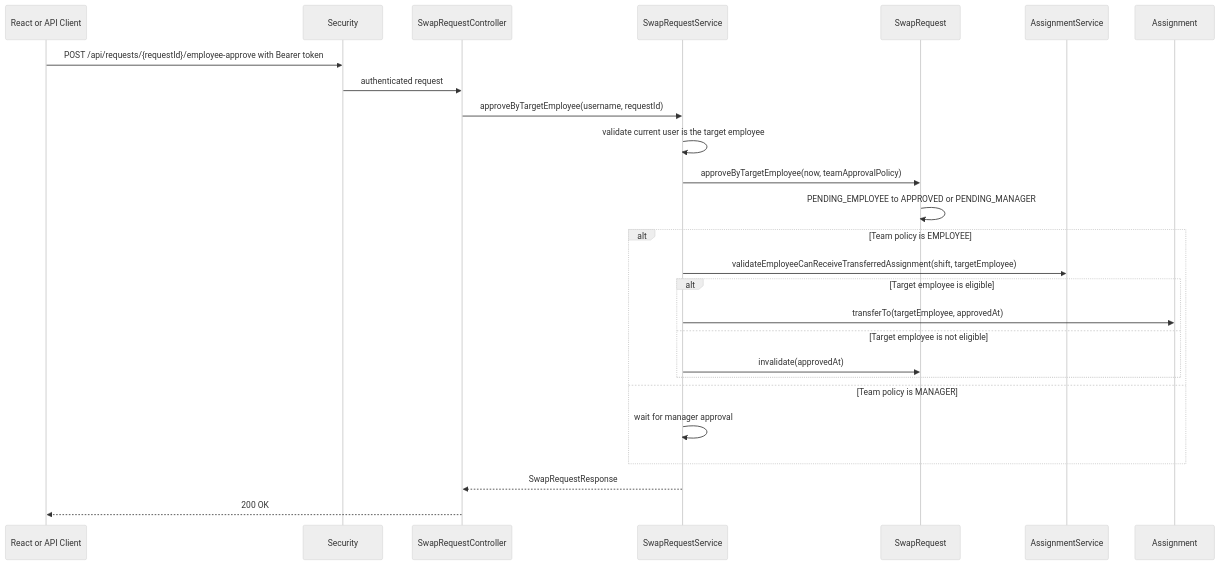
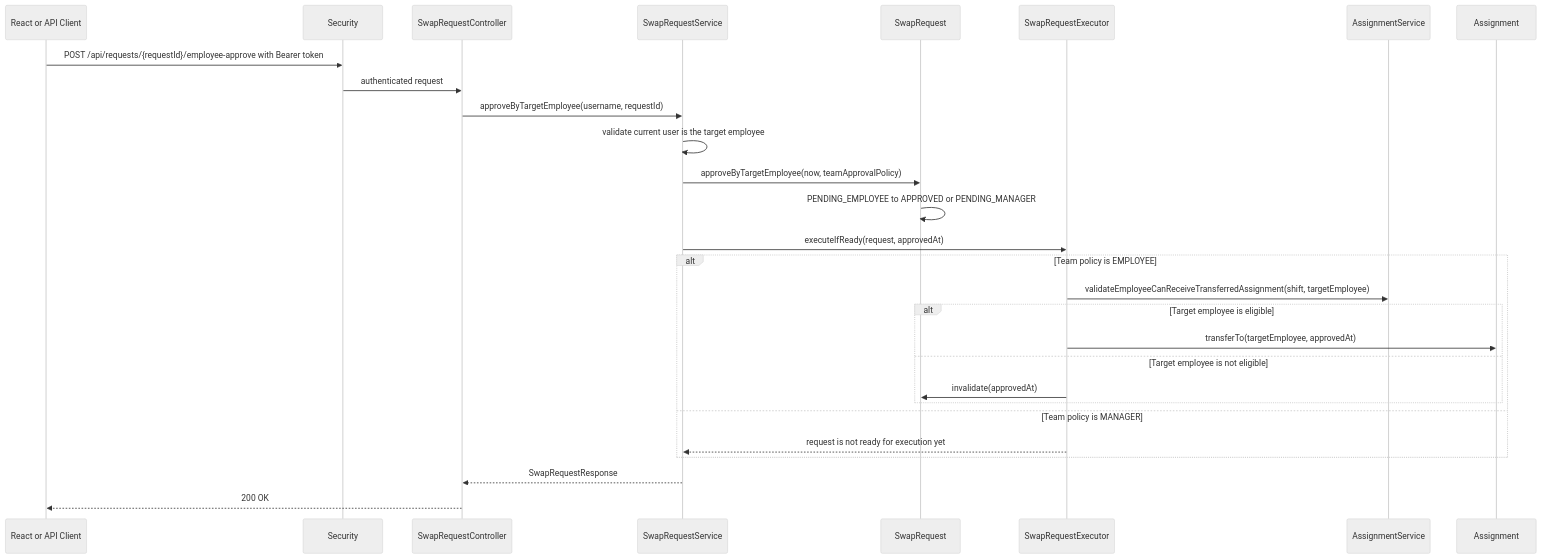
Before and after one commit to HiliMor/shift-management-system: diagram 18 of 20 in docs/current-backend-architecture.md, drawn with Mermaid (neutral theme). The commit also changed other lines of this file and 7 other files, not shown here.

Commit message:
Transfer and swap requests: Extract approved request executor

````diff
--- a/docs/current-backend-architecture.md
+++ b/docs/current-backend-architecture.md
@@ -689,29 +689,31 @@
 ```mermaid
 sequenceDiagram
     participant Client as React or API Client
     participant Security
     participant SwapRequestController
     participant SwapRequestService
     participant SwapRequest
+    participant SwapRequestExecutor
     participant AssignmentService
     participant Assignment
 
     Client->>Security: POST /api/requests/{requestId}/employee-approve with Bearer token
     Security->>SwapRequestController: authenticated request
     SwapRequestController->>SwapRequestService: approveByTargetEmployee(username, requestId)
     SwapRequestService->>SwapRequestService: validate current user is the target employee
     SwapRequestService->>SwapRequest: approveByTargetEmployee(now, teamApprovalPolicy)
     SwapRequest->>SwapRequest: PENDING_EMPLOYEE to APPROVED or PENDING_MANAGER
+    SwapRequestService->>SwapRequestExecutor: executeIfReady(request, approvedAt)
     alt Team policy is EMPLOYEE
-        SwapRequestService->>AssignmentService: validateEmployeeCanReceiveTransferredAssignment(shift, targetEmployee)
+        SwapRequestExecutor->>AssignmentService: validateEmployeeCanReceiveTransferredAssignment(shift, targetEmployee)
         alt Target employee is eligible
-            SwapRequestService->>Assignment: transferTo(targetEmployee, approvedAt)
+            SwapRequestExecutor->>Assignment: transferTo(targetEmployee, approvedAt)
         else Target employee is not eligible
-            SwapRequestService->>SwapRequest: invalidate(approvedAt)
+            SwapRequestExecutor->>SwapRequest: invalidate(approvedAt)
         end
     else Team policy is MANAGER
-        SwapRequestService->>SwapRequestService: wait for manager approval
+        SwapRequestExecutor-->>SwapRequestService: request is not ready for execution yet
     end
     SwapRequestService-->>SwapRequestController: SwapRequestResponse
     SwapRequestController-->>Client: 200 OK
 ```
````
